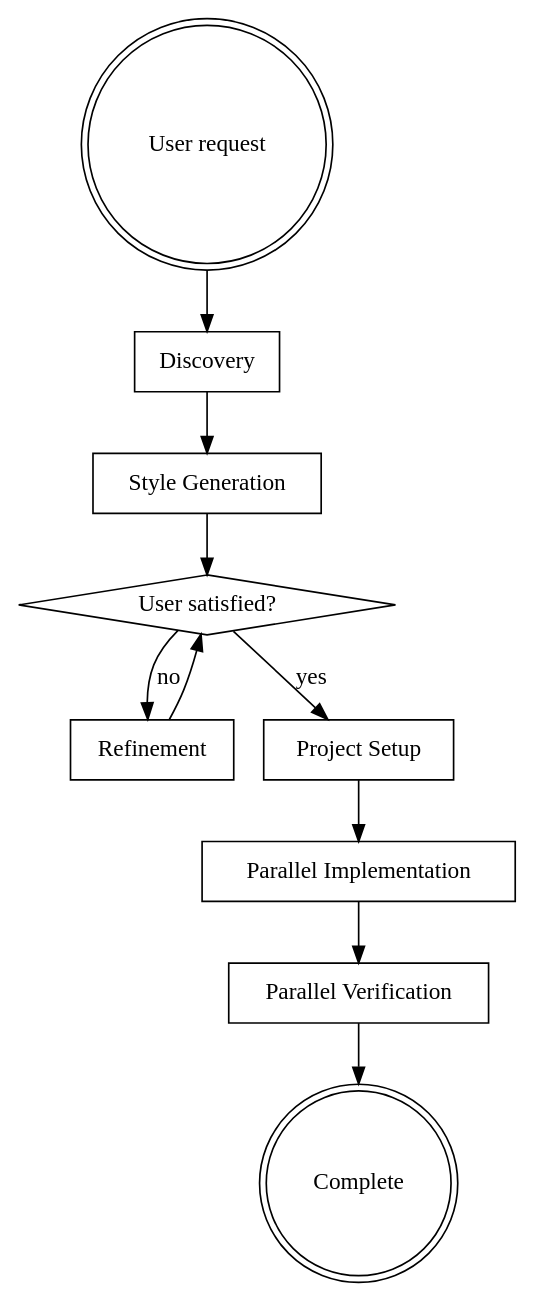
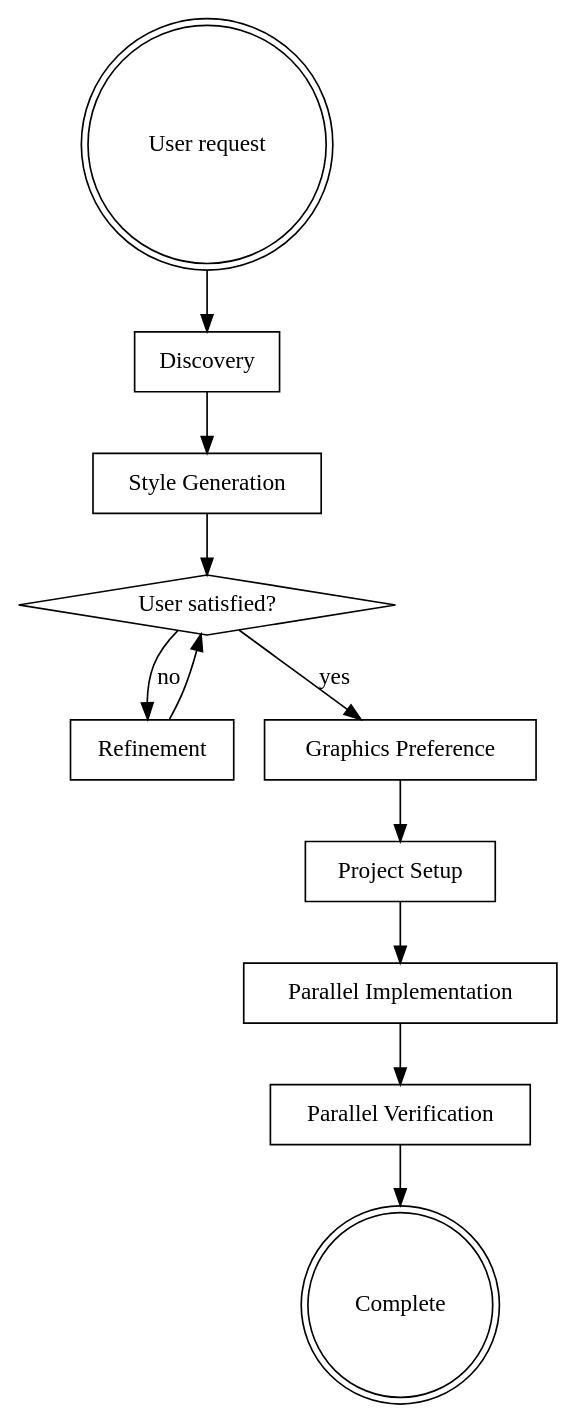
One commit to fiatkongen/saurun-marketplace changed the diagram in plugins/saurun/skills/web-design-wizard/SKILL.md. Above: the diagram before and after it, drawn with Graphviz. The commit also changed other lines of this file and 4 other files, not shown here.

````diff
--- a/plugins/saurun/skills/web-design-wizard/SKILL.md
+++ b/plugins/saurun/skills/web-design-wizard/SKILL.md
@@ -27,23 +40,25 @@
 ```dot
 digraph design_wizard {
     "User request" [shape=doublecircle];
     "Discovery" [shape=box];
     "Style Generation" [shape=box];
     "User satisfied?" [shape=diamond];
     "Refinement" [shape=box];
+    "Graphics Preference" [shape=box];
     "Project Setup" [shape=box];
     "Parallel Implementation" [shape=box];
     "Parallel Verification" [shape=box];
     "Complete" [shape=doublecircle];
 
     "User request" -> "Discovery";
     "Discovery" -> "Style Generation";
     "Style Generation" -> "User satisfied?";
     "User satisfied?" -> "Refinement" [label="no"];
     "Refinement" -> "User satisfied?";
-    "User satisfied?" -> "Project Setup" [label="yes"];
+    "User satisfied?" -> "Graphics Preference" [label="yes"];
+    "Graphics Preference" -> "Project Setup";
     "Project Setup" -> "Parallel Implementation";
     "Parallel Implementation" -> "Parallel Verification";
     "Parallel Verification" -> "Complete";
 }
 ```
````
